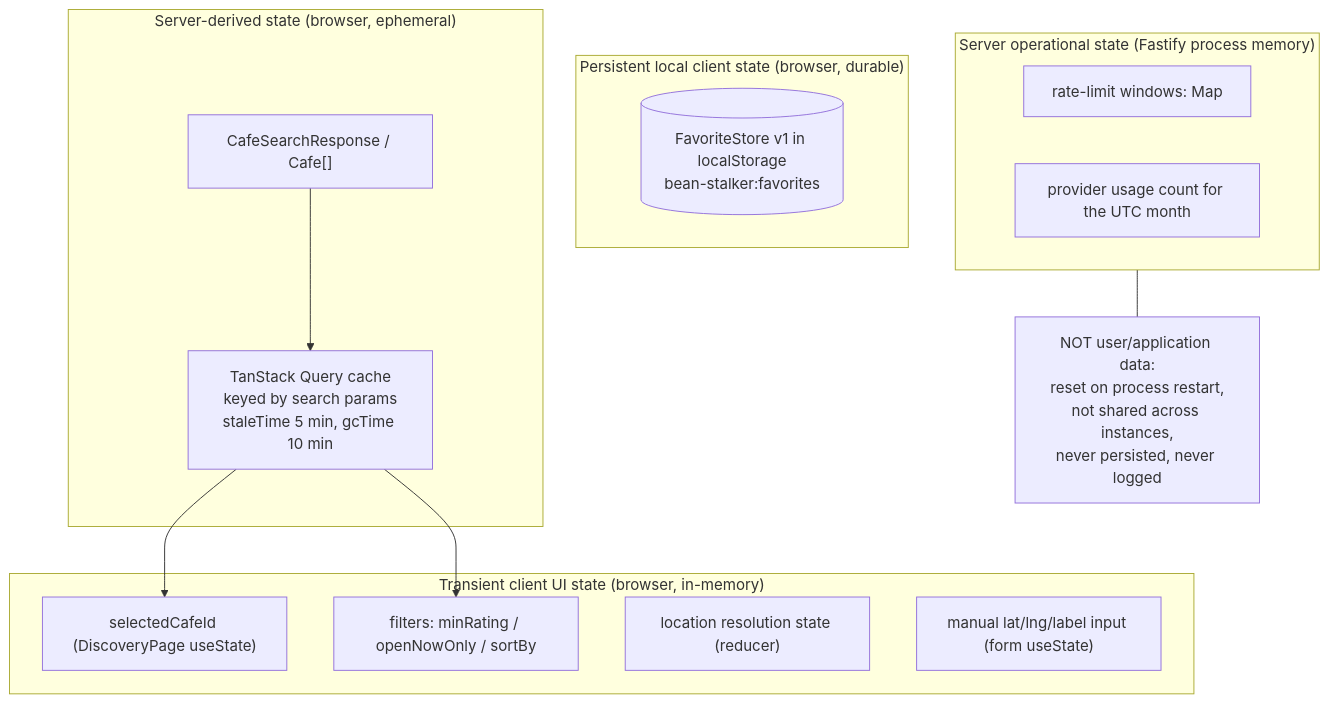
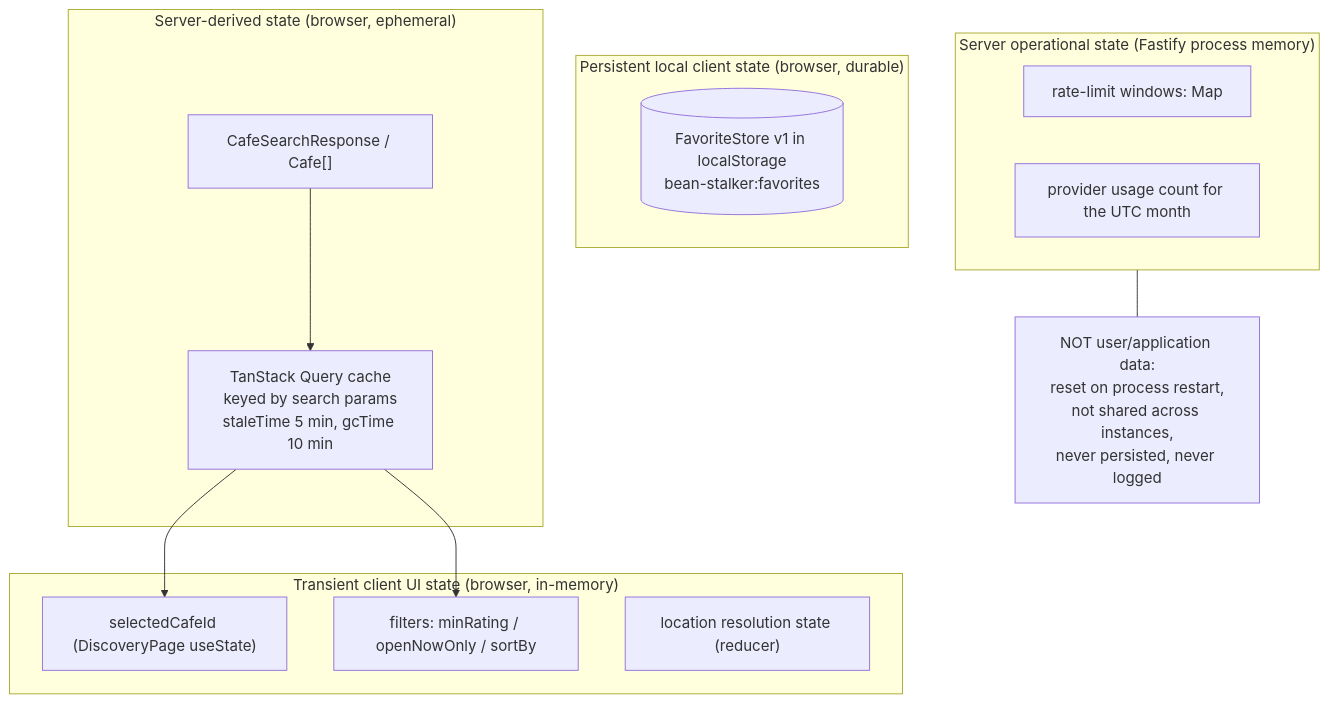
One commit to park-anju/bean-stalker changed the fourth of 7 diagrams in docs/05_ARCHITECTURE/System Architecture.md. Above: the diagram before and after it, drawn with Mermaid. The commit also changed other lines of this file and 91 other files, not shown here.

Commit message:
feat: establish Android app and native location flow

````diff
--- a/docs/05_ARCHITECTURE/System Architecture.md
+++ b/docs/05_ARCHITECTURE/System Architecture.md
@@ -327,30 +329,29 @@
 ```mermaid
 flowchart TD
   subgraph srv["Server-derived state (browser, ephemeral)"]
     resp["CafeSearchResponse / Cafe[]"]
     tqc["TanStack Query cache<br/>keyed by search params<br/>staleTime 5 min, gcTime 10 min"]
   end
 
   subgraph ui["Transient client UI state (browser, in-memory)"]
     sel["selectedCafeId (DiscoveryPage useState)"]
     flt["filters: minRating / openNowOnly / sortBy"]
     locst["location resolution state (reducer)"]
-    manin["manual lat/lng/label input (form useState)"]
   end
 
   subgraph persist["Persistent local client state (browser, durable)"]
     fav[("FavoriteStore v1 in localStorage<br/>bean-stalker:favorites")]
   end
 
   subgraph ops["Server operational state (Fastify process memory)"]
     rlw["rate-limit windows: Map<clientKey, {count, startedAt}>"]
     ugc["provider usage count for the UTC month"]
   end
 
   resp --> tqc
   tqc --> sel
   tqc --> flt
 
   note1["NOT user/application data:<br/>reset on process restart,<br/>not shared across instances,<br/>never persisted, never logged"]
   ops --- note1
 ```
````
